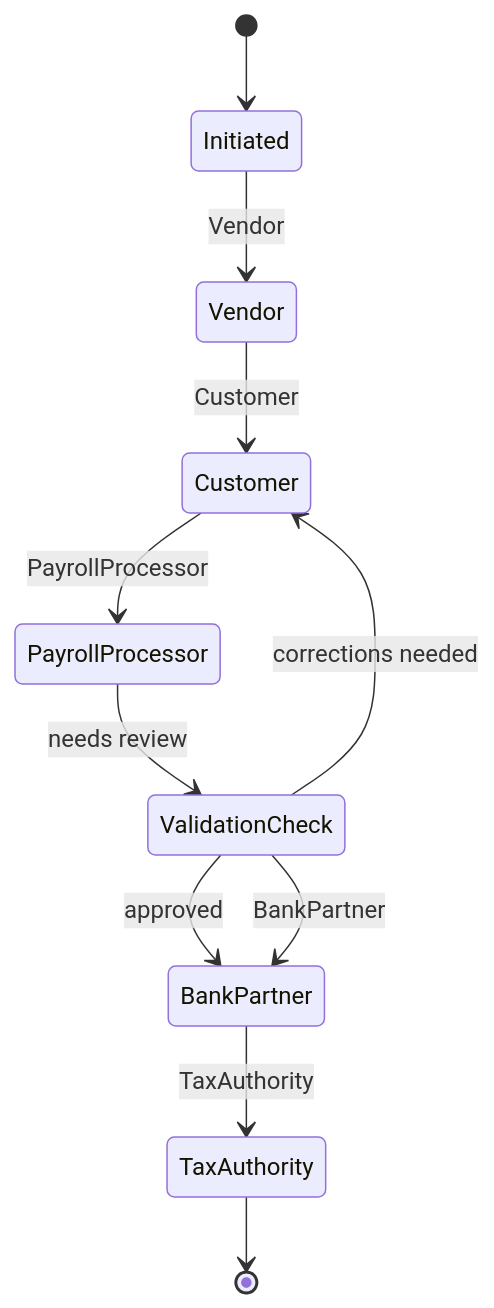
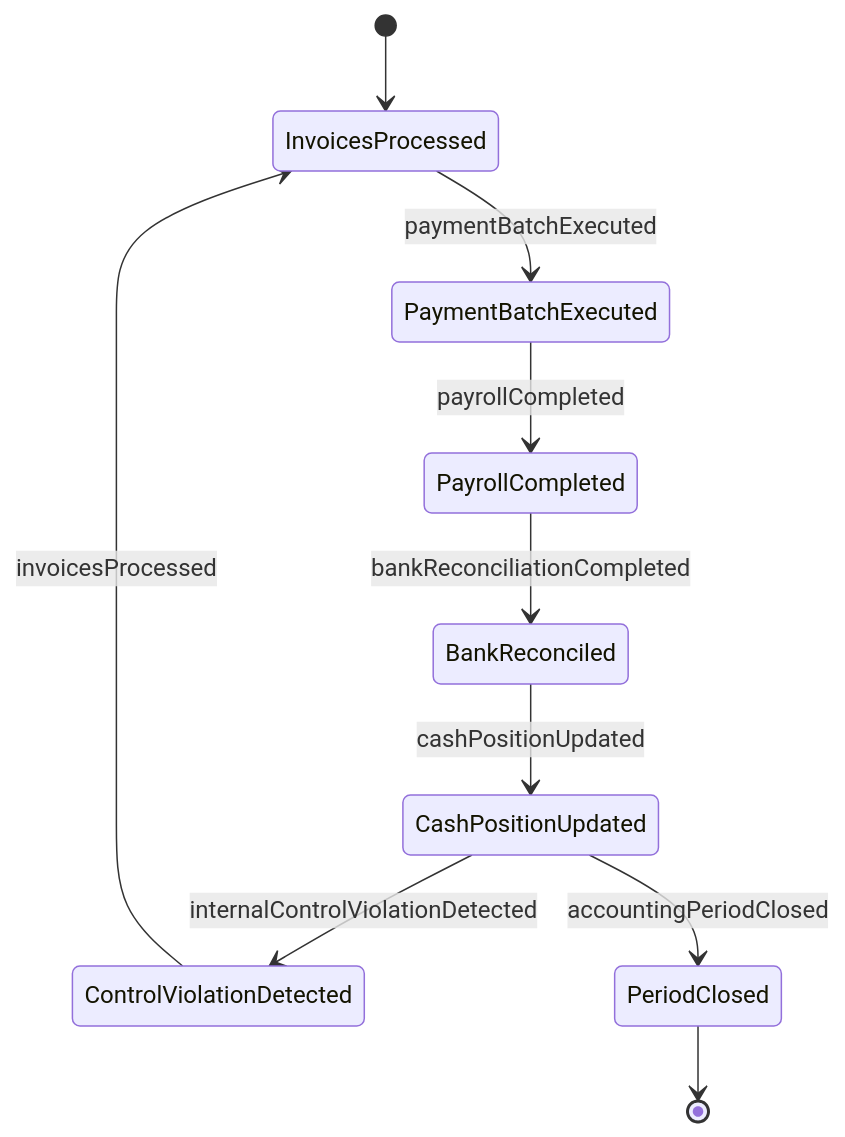
Before and after one commit to dot-org-ai/tasks.org.ai: the second of 4 diagrams in GuidingDirectingAndMotivatingSubordinates/ManageBudgetsOrFinances/DirectFinancialOperations.mdx, drawn with Mermaid. The commit also changed other lines of this file and 515 other files, not shown here.

````diff
--- a/GuidingDirectingAndMotivatingSubordinates/ManageBudgetsOrFinances/DirectFinancialOperations.mdx
+++ b/GuidingDirectingAndMotivatingSubordinates/ManageBudgetsOrFinances/DirectFinancialOperations.mdx
@@ -102,13 +100,12 @@
 ```mermaid
 stateDiagram-v2
-    [*] --> Initiated
-    Initiated --> Vendor: Vendor
-    Vendor --> Customer: Customer
-    Customer --> PayrollProcessor: PayrollProcessor
-    PayrollProcessor --> ValidationCheck: needs review
-    ValidationCheck --> Customer: corrections needed
-    ValidationCheck --> BankPartner: approved
-    ValidationCheck --> BankPartner: BankPartner
-    BankPartner --> TaxAuthority: TaxAuthority
-    TaxAuthority --> [*]
+    [*] --> InvoicesProcessed
+    InvoicesProcessed --> PaymentBatchExecuted : paymentBatchExecuted
+    PaymentBatchExecuted --> PayrollCompleted : payrollCompleted
+    PayrollCompleted --> BankReconciled : bankReconciliationCompleted
+    BankReconciled --> CashPositionUpdated : cashPositionUpdated
+    CashPositionUpdated --> ControlViolationDetected : internalControlViolationDetected
+    ControlViolationDetected --> InvoicesProcessed : invoicesProcessed
+    CashPositionUpdated --> PeriodClosed : accountingPeriodClosed
+    PeriodClosed --> [*]
 ```
````
